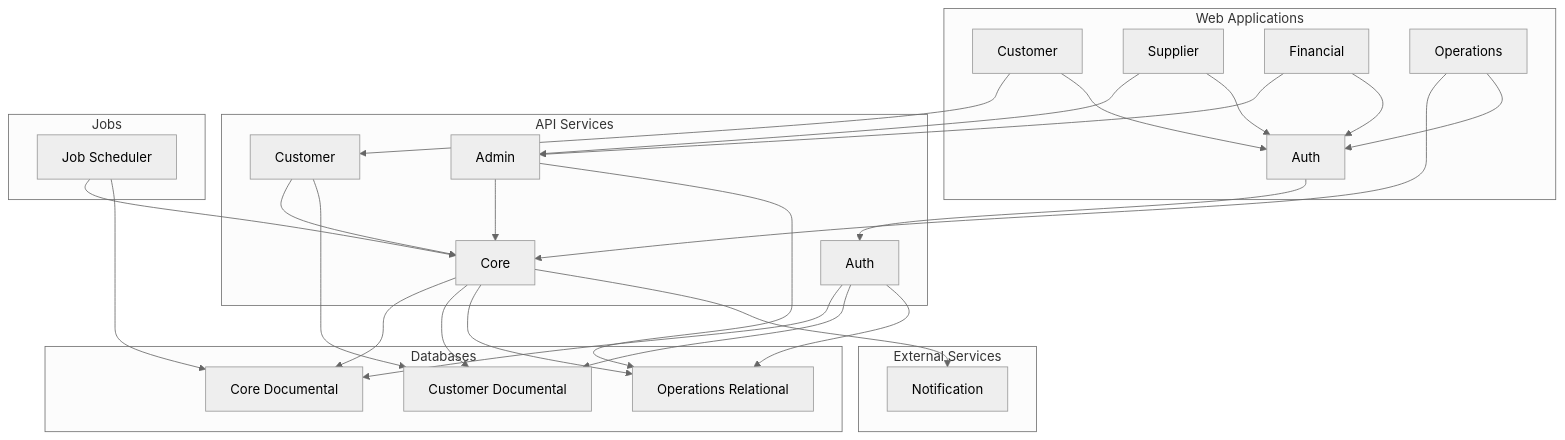
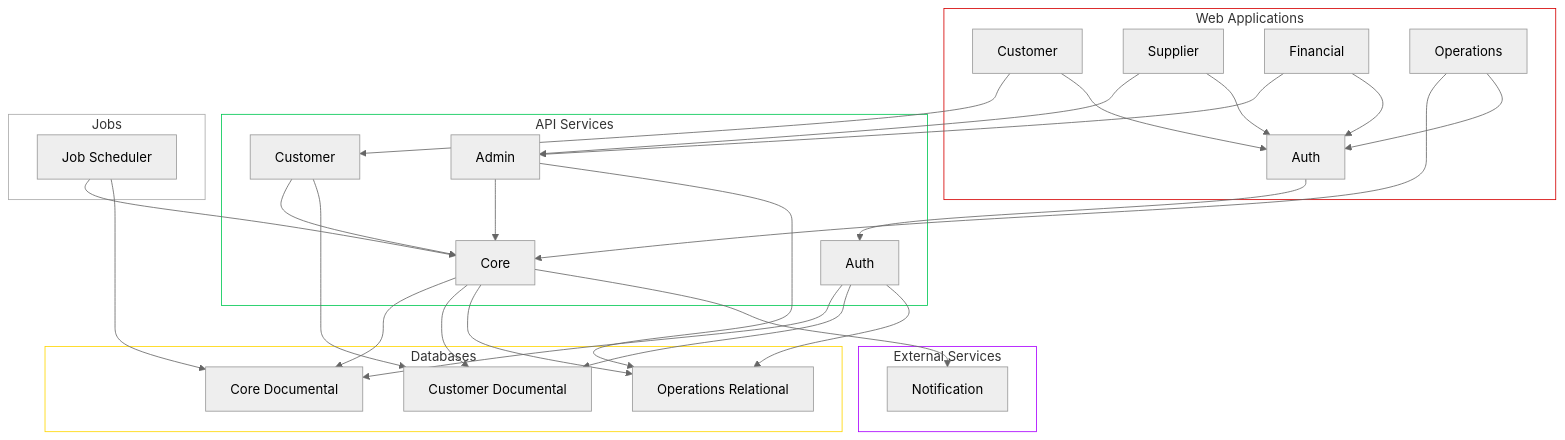
The diagram in generators/1-software-analyst/output/2-astrobookings-system-architecture.md (AlbertoBasalo/aidd), drawn with Mermaid (neutral theme) before and after one commit. The commit also changed 2 other files, not shown here.

Commit message:
feat: domains arch

````diff
--- a/generators/1-software-analyst/output/2-astrobookings-system-architecture.md
+++ b/generators/1-software-analyst/output/2-astrobookings-system-architecture.md
@@ -105,55 +105,42 @@
 ```mermaid
-graph TD
-    subgraph Web Applications
-        AuthWeb[Auth]
-        CustomerWeb[Customer]
-        SupplierWeb[Supplier]
-        FinancialWeb[Financial]
-        OperationsWeb[Operations]
-    end
-
-    subgraph API Services
-        AuthAPI[Auth]
-        CustomerAPI[Customer]
-        AdminAPI[Admin]
-        CoreAPI[Core]
-    end
-
-    subgraph Databases
-        OperationsDB[Operations Relational]
-        CustomerDB[Customer Documental]
-        CoreDB[Core Documental]
-    end
-
-    subgraph External Services
-        Notification[Notification]
-    end
-
-    subgraph Jobs
-        JobScheduler[Job Scheduler]
-    end
-
+flowchart TD
+ subgraph WebApps["Web Applications"]
+        AuthWeb["Auth"]
+        CustomerWeb["Customer"]
+        SupplierWeb["Supplier"]
+        FinancialWeb["Financial"]
+        OperationsWeb["Operations"]
+  end
+ subgraph APIServices["API Services"]
+        AuthAPI["Auth"]
+        CustomerAPI["Customer"]
+        AdminAPI["Admin"]
+        CoreAPI["Core"]
+  end
+ subgraph Databases["Databases"]
+        OperationsDB["Operations Relational"]
+        CustomerDB["Customer Documental"]
+        CoreDB["Core Documental"]
+  end
+ subgraph External["External Services"]
+        Notification["Notification"]
+  end
+ subgraph Jobs["Jobs"]
+        JobScheduler["Job Scheduler"]
+  end
     AuthWeb --> AuthAPI
-    CustomerWeb --> CustomerAPI
-    CustomerWeb --> AuthWeb
-    SupplierWeb --> AdminAPI
-    SupplierWeb --> AuthWeb
-    FinancialWeb --> AdminAPI
-    FinancialWeb --> AuthWeb
-    OperationsWeb --> CoreAPI
-    OperationsWeb --> AuthWeb
-
-    AuthAPI --> CoreDB
-    AuthAPI --> CustomerDB
-    AuthAPI --> OperationsDB
-    CustomerAPI --> CoreAPI
-    CustomerAPI --> CustomerDB
-    AdminAPI --> CoreAPI
-    AdminAPI --> OperationsDB
-    CoreAPI --> CoreDB
-    CoreAPI --> CustomerDB
-    CoreAPI --> OperationsDB
-    CoreAPI --> Notification
-    JobScheduler --> CoreAPI
-    JobScheduler --> CoreDB
+    CustomerWeb --> CustomerAPI & AuthWeb
+    SupplierWeb --> AdminAPI & AuthWeb
+    FinancialWeb --> AdminAPI & AuthWeb
+    OperationsWeb --> CoreAPI & AuthWeb
+    AuthAPI --> CoreDB & CustomerDB & OperationsDB
+    CustomerAPI --> CoreAPI & CustomerDB
+    AdminAPI --> CoreAPI & OperationsDB
+    CoreAPI --> CoreDB & CustomerDB & OperationsDB & Notification
+    JobScheduler --> CoreAPI & CoreDB
+    style WebApps fill:#FFFFFF,stroke:#D50000
+    style APIServices fill:#FFFFFF,stroke:#00C853
+    style Databases fill:#FFFFFF,stroke:#FFD600
+    style External fill:#FFFFFF,stroke:#AA00FF
+    style Jobs fill:#FFFFFF,stroke:#AAAAAA
 ```
````
